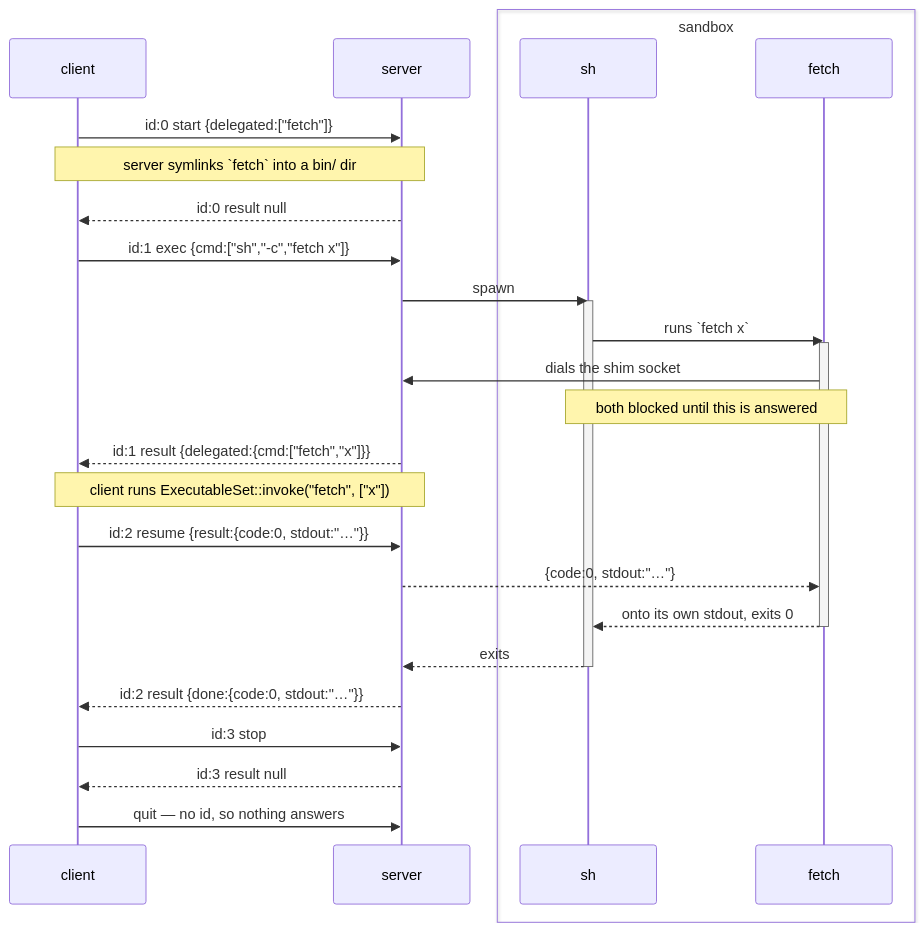
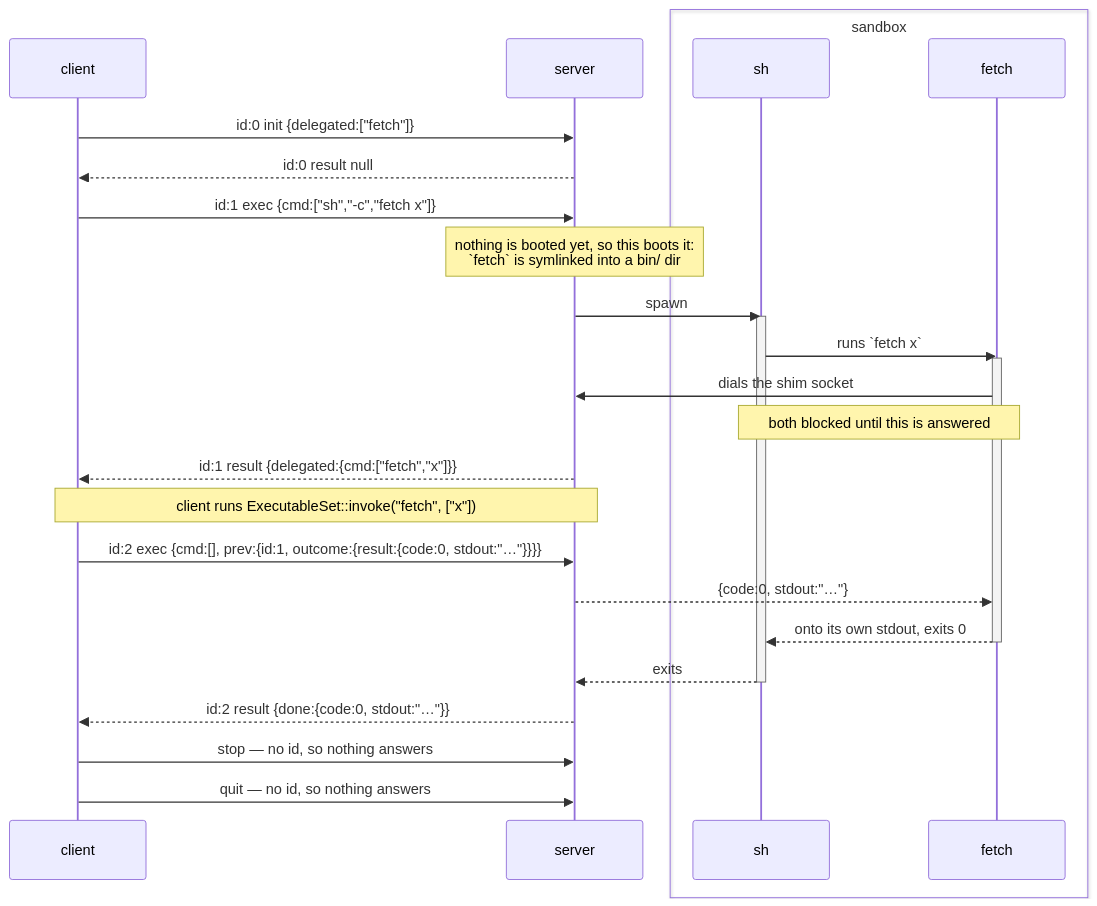
The first of 2 diagrams in cortex/src/console/ARCHITECTURE.md (brekkylab/cortex), drawn with Mermaid before and after one commit. The commit also changed other lines of this file and 23 other files, not shown here.

````diff
--- a/cortex/src/console/ARCHITECTURE.md
+++ b/cortex/src/console/ARCHITECTURE.md
@@ -360,34 +413,33 @@
 ```mermaid
 sequenceDiagram
     participant client
     participant server
     box transparent sandbox
         participant sh
         participant shim as fetch
     end
 
-    client->>server: id:0 start {delegated:["fetch"]}
-    Note over client,server: server symlinks `fetch` into a bin/ dir
+    client->>server: id:0 init {delegated:["fetch"]}
     server-->>client: id:0 result null
 
     client->>server: id:1 exec {cmd:["sh","-c","fetch x"]}
+    Note over server: nothing is booted yet, so this boots it:<br/>`fetch` is symlinked into a bin/ dir
     server->>sh: spawn
     activate sh
     sh->>shim: runs `fetch x`
     activate shim
     shim->>server: dials the shim socket
     Note over sh,shim: both blocked until this is answered
     server-->>client: id:1 result {delegated:{cmd:["fetch","x"]}}
     Note over client,server: client runs ExecutableSet::invoke("fetch", ["x"])
-    client->>server: id:2 resume {result:{code:0, stdout:"…"}}
+    client->>server: id:2 exec {cmd:[], prev:{id:1, outcome:{result:{code:0, stdout:"…"}}}}
     server-->>shim: {code:0, stdout:"…"}
     shim-->>sh: onto its own stdout, exits 0
     deactivate shim
     sh-->>server: exits
     deactivate sh
     server-->>client: id:2 result {done:{code:0, stdout:"…"}}
 
-    client->>server: id:3 stop
-    server-->>client: id:3 result null
+    client->>server: stop — no id, so nothing answers
     client->>server: quit — no id, so nothing answers
 ```
````
